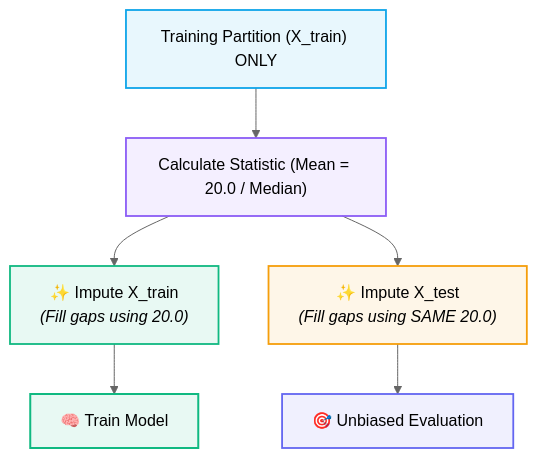
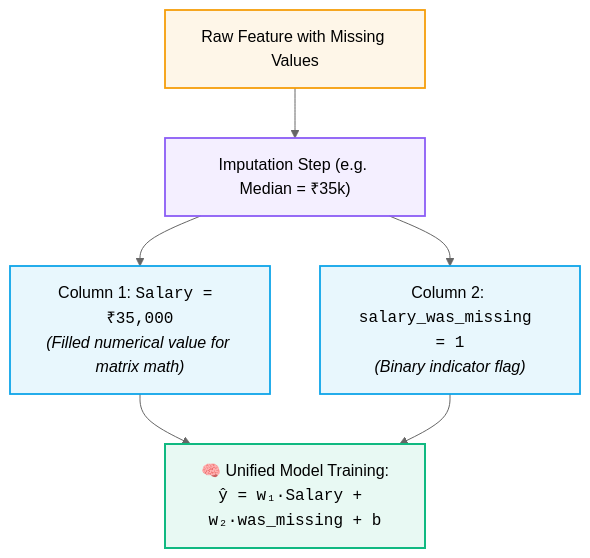
Before and after one commit to abhinavbharti2345/CS_Notes: the third of 4 diagrams in AI & ML/Data Preprocessing/Missing Value Imputation.md, drawn with Mermaid (neutral theme). The commit also changed other lines of this file and 15 other files, not shown here.

Commit message:
docs: add missing value imputation notes and generate graph output

````diff
--- a/AI & ML/Data Preprocessing/Missing Value Imputation.md
+++ b/AI & ML/Data Preprocessing/Missing Value Imputation.md
@@ -100,24 +158,20 @@
 ```mermaid
 flowchart TD
-    D["Training Partition (X_train) ONLY"] --> S["Calculate Statistic (Mean = 20.0 / Median)"]
+    Raw["Raw Feature with Missing Values"] --> Imp["Imputation Step (e.g. Median = ₹35k)"]
     
-    S --> T1["✨ Impute X_train<br><i>(Fill gaps using 20.0)</i>"]
-    S --> T2["✨ Impute X_test<br><i>(Fill gaps using SAME 20.0)</i>"]
+    Imp --> Col1["Column 1: <code>Salary = ₹35,000</code><br/><i>(Filled numerical value for matrix math)</i>"]
+    Imp --> Col2["Column 2: <code>salary_was_missing = 1</code><br/><i>(Binary indicator flag)</i>"]
     
-    T1 --> M["🧠 Train Model"]
-    T2 --> E["🎯 Unbiased Evaluation"]
+    Col1 --> Model["🧠 Unified Model Training:<br/><code>ŷ = w₁·Salary + w₂·was_missing + b</code>"]
+    Col2 --> Model
 
-    classDef c1 fill:#0ea5e918,stroke:#0ea5e9,stroke-width:1.8px;
-    classDef c2 fill:#8b5cf618,stroke:#8b5cf6,stroke-width:1.8px;
-    classDef c3 fill:#10b98118,stroke:#10b981,stroke-width:1.8px;
-    classDef c4 fill:#f59e0b18,stroke:#f59e0b,stroke-width:1.8px;
-    classDef c5 fill:#10b98118,stroke:#10b981,stroke-width:2px;
-    classDef c6 fill:#6366f118,stroke:#6366f1,stroke-width:1.8px;
+    classDef raw fill:#f59e0b18,stroke:#f59e0b,stroke-width:1.8px;
+    classDef imp fill:#8b5cf618,stroke:#8b5cf6,stroke-width:1.8px;
+    classDef col fill:#0ea5e918,stroke:#0ea5e9,stroke-width:1.8px;
+    classDef mod fill:#10b98118,stroke:#10b981,stroke-width:2px;
 
-    class D c1;
-    class S c2;
-    class T1 c3;
-    class T2 c4;
-    class M c5;
-    class E c6;
+    class Raw raw;
+    class Imp imp;
+    class Col1,Col2 col;
+    class Model mod;
 ```
````
